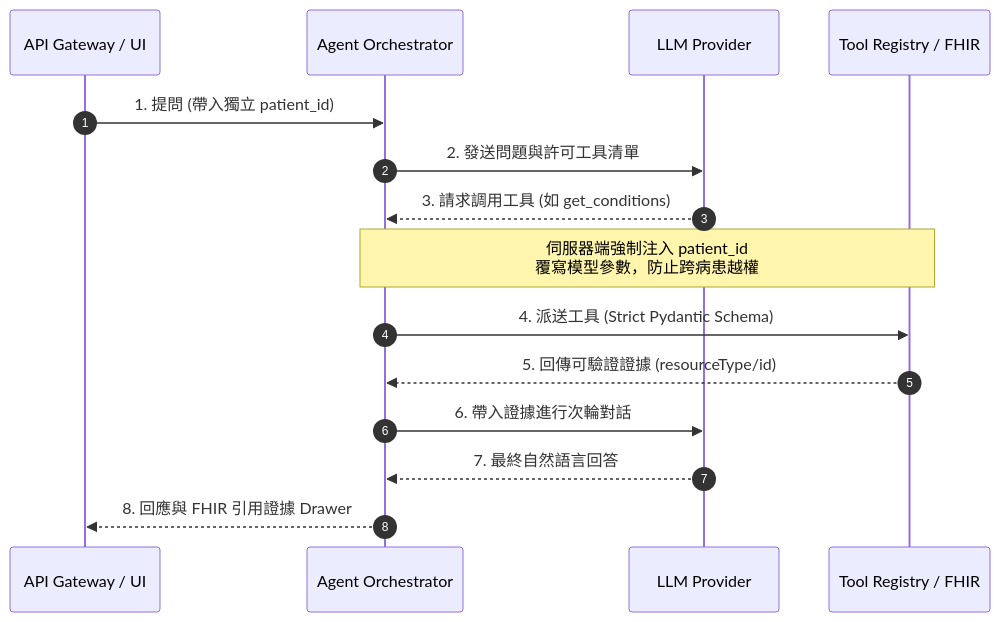
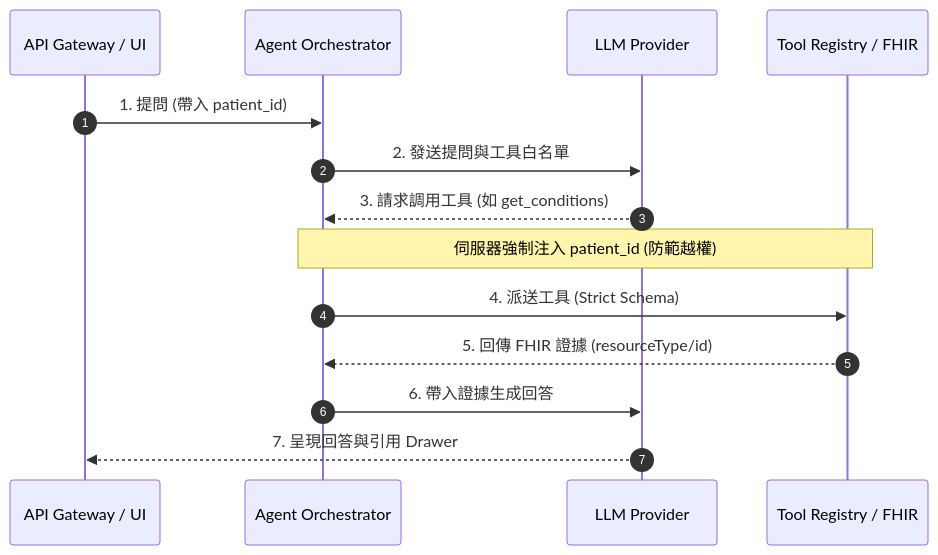
Before and after one commit to kuotunyu/fhir-care-copilot: the diagram in README.md, drawn with Mermaid.

Commit message:
docs: optimize sequence diagram to remove pan-zoom overlay

````diff
--- a/README.md
+++ b/README.md
@@ -30,18 +30,17 @@
 ```mermaid
 sequenceDiagram
     autonumber
     participant App as API Gateway / UI
     participant Agent as Agent Orchestrator
     participant Model as LLM Provider
     participant Tools as Tool Registry / FHIR
 
-    App->>Agent: 1. 提問 (帶入獨立 patient_id)
-    Agent->>Model: 2. 發送問題與許可工具清單
+    App->>Agent: 1. 提問 (帶入 patient_id)
+    Agent->>Model: 2. 發送提問與工具白名單
     Model-->>Agent: 3. 請求調用工具 (如 get_conditions)
-    Note over Agent,Tools: 伺服器端強制注入 patient_id<br/>覆寫模型參數，防止跨病患越權
-    Agent->>Tools: 4. 派送工具 (Strict Pydantic Schema)
-    Tools-->>Agent: 5. 回傳可驗證證據 (resourceType/id)
-    Agent->>Model: 6. 帶入證據進行次輪對話
-    Model-->>Agent: 7. 最終自然語言回答
-    Agent-->>App: 8. 回應與 FHIR 引用證據 Drawer
+    Note over Agent,Tools: 伺服器強制注入 patient_id (防範越權)
+    Agent->>Tools: 4. 派送工具 (Strict Schema)
+    Tools-->>Agent: 5. 回傳 FHIR 證據 (resourceType/id)
+    Agent->>Model: 6. 帶入證據生成回答
+    Model-->>App: 7. 呈現回答與引用 Drawer
 ```
````
